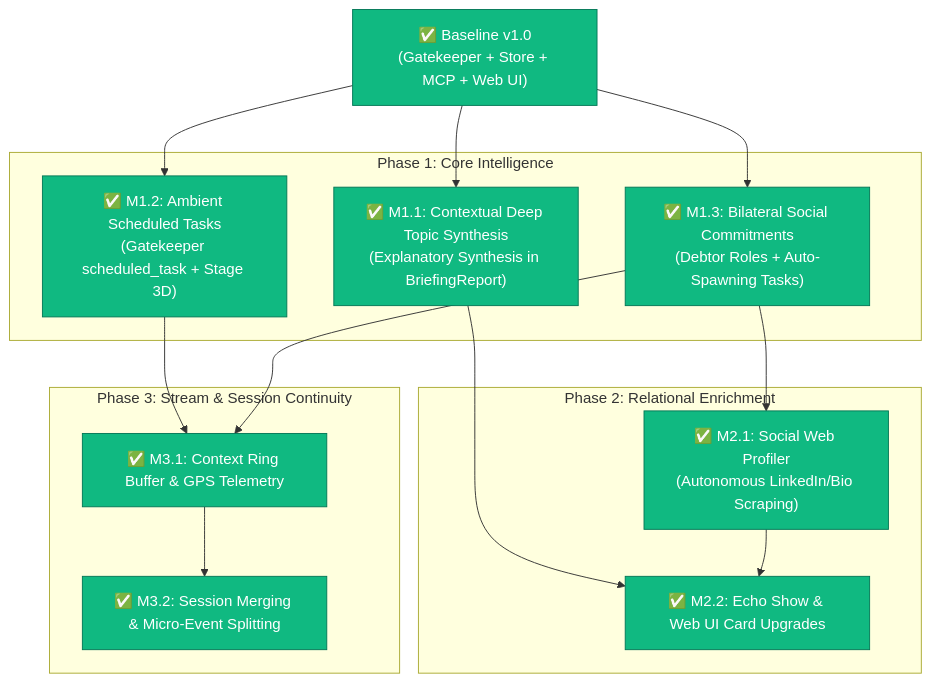
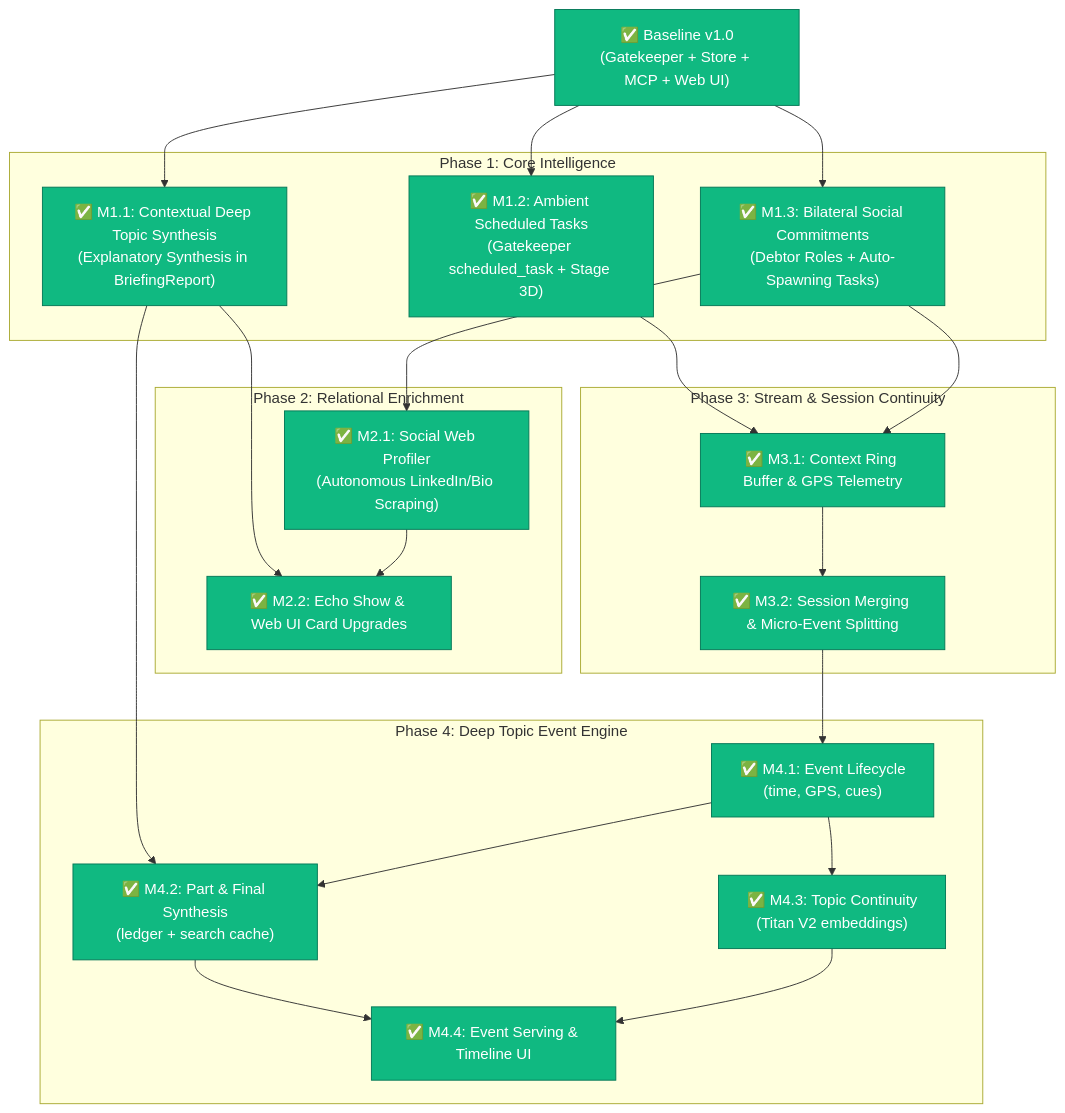
Before and after one commit to D3M1S22/examen: the diagram in docs/next_steps/ROADMAP.md, drawn with Mermaid. The commit also changed other lines of this file and 6 other files, not shown here.

Commit message:
feat: Update documentation and .gitignore for Deep Topic Event Engine integration

````diff
--- a/docs/next_steps/ROADMAP.md
+++ b/docs/next_steps/ROADMAP.md
@@ -247,34 +285,46 @@
 ```mermaid
 graph TD
     classDef done fill:#10b981,stroke:#047857,color:#ffffff;
     classDef ready fill:#8b5cf6,stroke:#6d28d9,color:#ffffff;
     classDef planned fill:#1e293b,stroke:#475569,color:#cbd5e1;
 
     B0["✅ Baseline v1.0<br/>(Gatekeeper + Store + MCP + Web UI)"]:::done
 
     subgraph Phase_1 ["Phase 1: Core Intelligence"]
         M11["✅ M1.1: Contextual Deep Topic Synthesis<br/>(Explanatory Synthesis in BriefingReport)"]:::done
         M12["✅ M1.2: Ambient Scheduled Tasks<br/>(Gatekeeper scheduled_task + Stage 3D)"]:::done
         M13["✅ M1.3: Bilateral Social Commitments<br/>(Debtor Roles + Auto-Spawning Tasks)"]:::done
     end
 
     subgraph Phase_2 ["Phase 2: Relational Enrichment"]
         M21["✅ M2.1: Social Web Profiler<br/>(Autonomous LinkedIn/Bio Scraping)"]:::done
         M22["✅ M2.2: Echo Show & Web UI Card Upgrades"]:::done
     end
 
     subgraph Phase_3 ["Phase 3: Stream & Session Continuity"]
         M31["✅ M3.1: Context Ring Buffer & GPS Telemetry"]:::done
         M32["✅ M3.2: Session Merging & Micro-Event Splitting"]:::done
     end
 
+    subgraph Phase_4 ["Phase 4: Deep Topic Event Engine"]
+        M41["✅ M4.1: Event Lifecycle<br/>(time, GPS, cues)"]:::done
+        M42["✅ M4.2: Part & Final Synthesis<br/>(ledger + search cache)"]:::done
+        M43["✅ M4.3: Topic Continuity<br/>(Titan V2 embeddings)"]:::done
+        M44["✅ M4.4: Event Serving & Timeline UI"]:::done
+    end
+
     B0 --> M11
     B0 --> M12
     B0 --> M13
 
     M13 --> M21
     M11 & M21 --> M22
 
     M12 & M13 --> M31
     M31 --> M32
+    M32 --> M41
+    M11 --> M42
+    M41 --> M42
+    M41 --> M43
+    M42 & M43 --> M44
 ```
````
